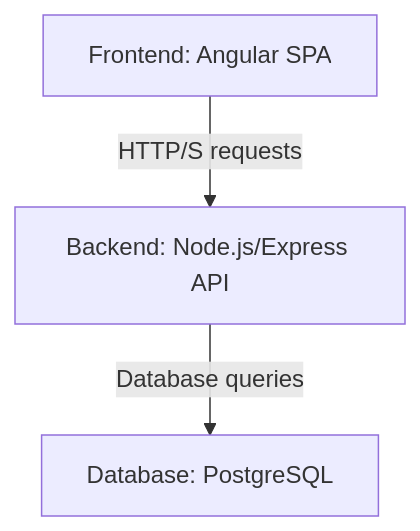
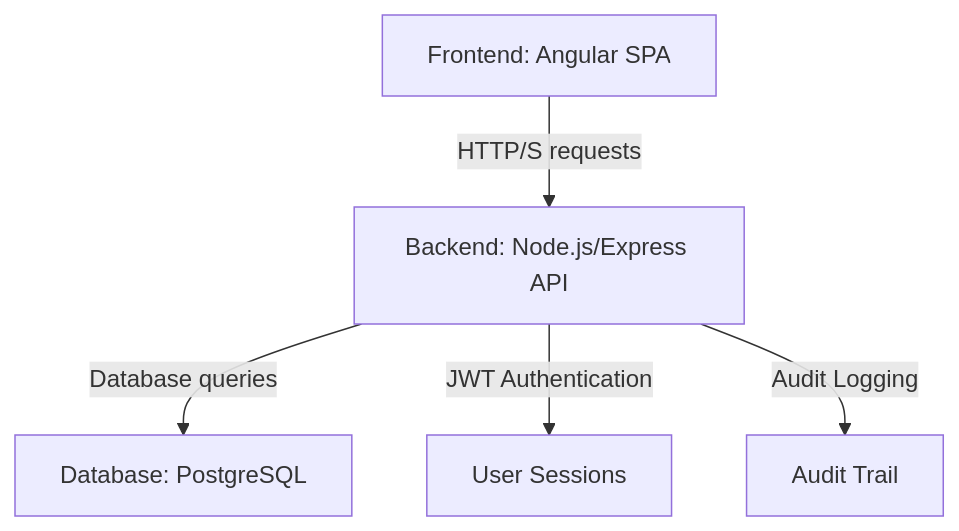
Before and after one commit to Angel-Jesua/QUANT: the diagram in .kilocode/rules/memory-bank/architecture.md, drawn with Mermaid. The commit also changed other lines of this file and 2 other files, not shown here.

````diff
--- a/.kilocode/rules/memory-bank/architecture.md
+++ b/.kilocode/rules/memory-bank/architecture.md
@@ -7,5 +7,7 @@
 ```mermaid
 graph TD
     A[Frontend: Angular SPA] -->|HTTP/S requests| B[Backend: Node.js/Express API]
     B -->|Database queries| C[Database: PostgreSQL]
+    B -->|JWT Authentication| D[User Sessions]
+    B -->|Audit Logging| E[Audit Trail]
 ```
````
